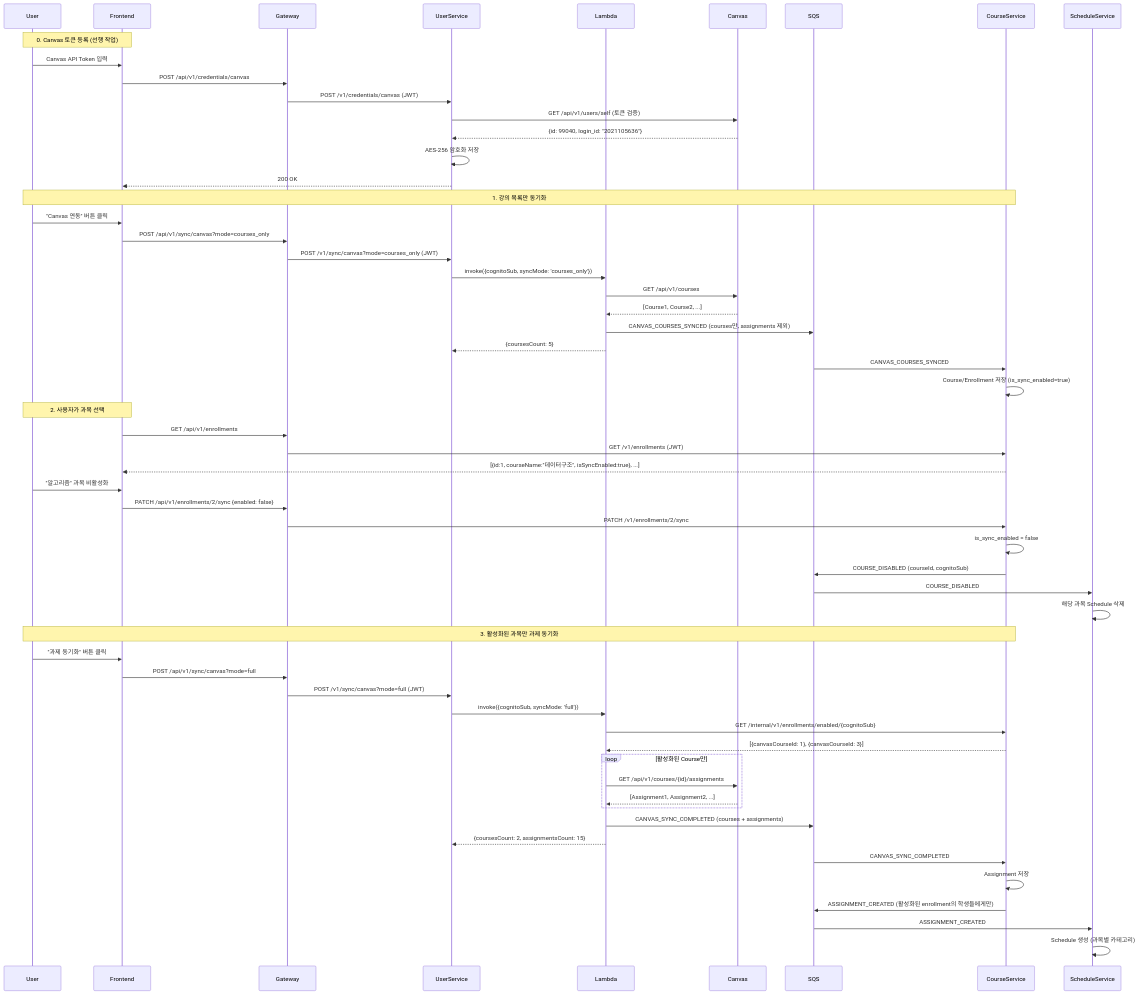
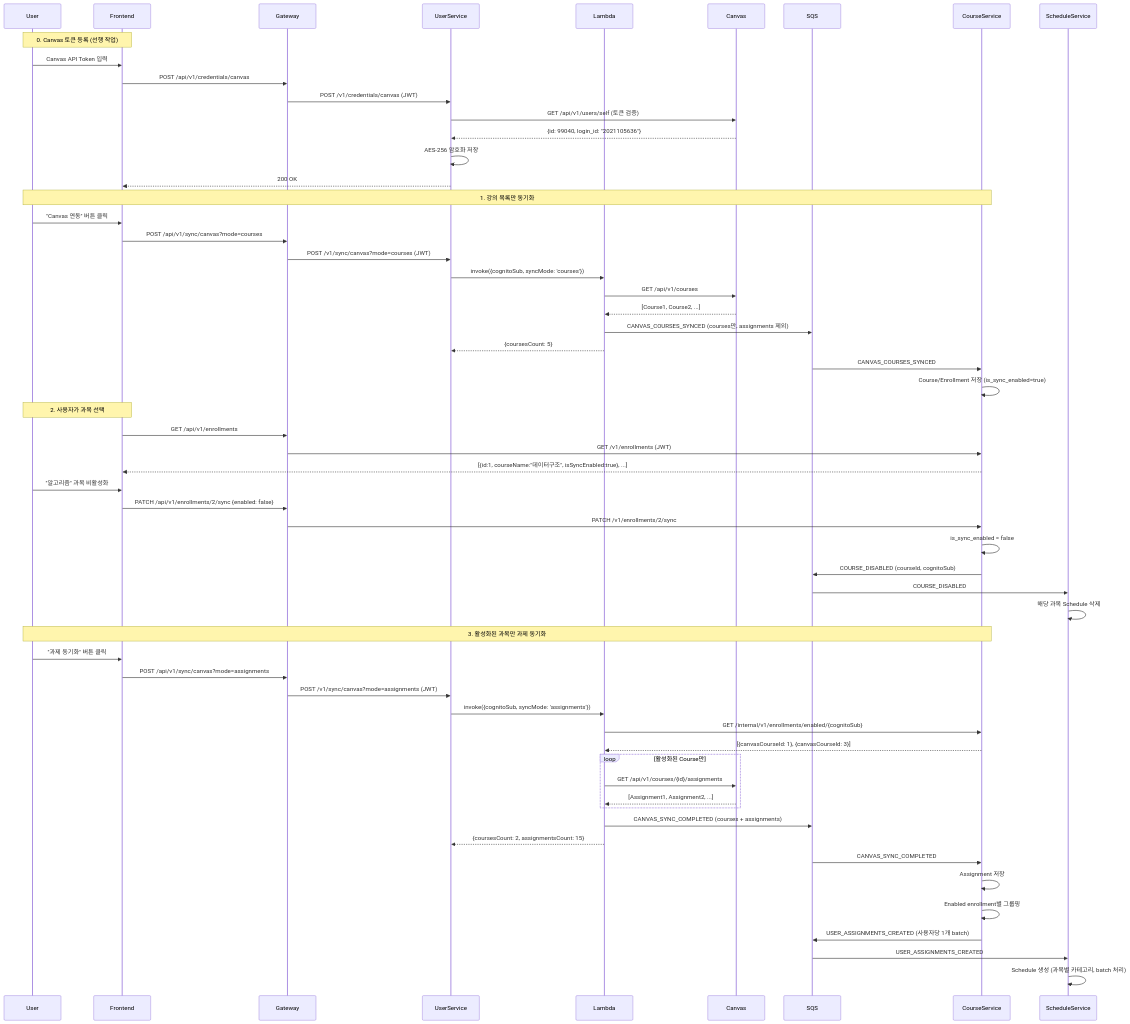
The diagram in docs/features/canvas-sync.md (SolidCitadel/UniSync), drawn with Mermaid before and after one commit. The commit also changed other lines of this file and 36 other files, not shown here.

````diff
--- a/docs/features/canvas-sync.md
+++ b/docs/features/canvas-sync.md
@@ -63,71 +64,72 @@
 ```mermaid
 sequenceDiagram
     participant User
     participant Frontend
     participant Gateway
     participant UserService
     participant Lambda
     participant Canvas
     participant SQS
     participant CourseService
     participant ScheduleService
 
     Note over User,Frontend: 0. Canvas 토큰 등록 (선행 작업)
     User->>Frontend: Canvas API Token 입력
     Frontend->>Gateway: POST /api/v1/credentials/canvas
     Gateway->>UserService: POST /v1/credentials/canvas (JWT)
     UserService->>Canvas: GET /api/v1/users/self (토큰 검증)
     Canvas-->>UserService: {id: 99040, login_id: "2021105636"}
     UserService->>UserService: AES-256 암호화 저장
     UserService-->>Frontend: 200 OK
 
     Note over User,CourseService: 1. 강의 목록만 동기화
     User->>Frontend: "Canvas 연동" 버튼 클릭
-    Frontend->>Gateway: POST /api/v1/sync/canvas?mode=courses_only
-    Gateway->>UserService: POST /v1/sync/canvas?mode=courses_only (JWT)
+    Frontend->>Gateway: POST /api/v1/sync/canvas?mode=courses
+    Gateway->>UserService: POST /v1/sync/canvas?mode=courses (JWT)
 
-    UserService->>Lambda: invoke({cognitoSub, syncMode: 'courses_only'})
+    UserService->>Lambda: invoke({cognitoSub, syncMode: 'courses'})
     Lambda->>Canvas: GET /api/v1/courses
     Canvas-->>Lambda: [Course1, Course2, ...]
     Lambda->>SQS: CANVAS_COURSES_SYNCED (courses만, assignments 제외)
     Lambda-->>UserService: {coursesCount: 5}
 
     SQS->>CourseService: CANVAS_COURSES_SYNCED
     CourseService->>CourseService: Course/Enrollment 저장 (is_sync_enabled=true)
 
     Note over User,Frontend: 2. 사용자가 과목 선택
     Frontend->>Gateway: GET /api/v1/enrollments
     Gateway->>CourseService: GET /v1/enrollments (JWT)
     CourseService-->>Frontend: [{id:1, courseName:"데이터구조", isSyncEnabled:true}, ...]
 
     User->>Frontend: "알고리즘" 과목 비활성화
     Frontend->>Gateway: PATCH /api/v1/enrollments/2/sync {enabled: false}
     Gateway->>CourseService: PATCH /v1/enrollments/2/sync
     CourseService->>CourseService: is_sync_enabled = false
     CourseService->>SQS: COURSE_DISABLED (courseId, cognitoSub)
     SQS->>ScheduleService: COURSE_DISABLED
     ScheduleService->>ScheduleService: 해당 과목 Schedule 삭제
 
     Note over User,CourseService: 3. 활성화된 과목만 과제 동기화
     User->>Frontend: "과제 동기화" 버튼 클릭
-    Frontend->>Gateway: POST /api/v1/sync/canvas?mode=full
-    Gateway->>UserService: POST /v1/sync/canvas?mode=full (JWT)
+    Frontend->>Gateway: POST /api/v1/sync/canvas?mode=assignments
+    Gateway->>UserService: POST /v1/sync/canvas?mode=assignments (JWT)
 
-    UserService->>Lambda: invoke({cognitoSub, syncMode: 'full'})
+    UserService->>Lambda: invoke({cognitoSub, syncMode: 'assignments'})
     Lambda->>CourseService: GET /internal/v1/enrollments/enabled/{cognitoSub}
     CourseService-->>Lambda: [{canvasCourseId: 1}, {canvasCourseId: 3}]
 
     loop 활성화된 Course만
         Lambda->>Canvas: GET /api/v1/courses/{id}/assignments
         Canvas-->>Lambda: [Assignment1, Assignment2, ...]
     end
 
     Lambda->>SQS: CANVAS_SYNC_COMPLETED (courses + assignments)
     Lambda-->>UserService: {coursesCount: 2, assignmentsCount: 15}
 
     SQS->>CourseService: CANVAS_SYNC_COMPLETED
     CourseService->>CourseService: Assignment 저장
-    CourseService->>SQS: ASSIGNMENT_CREATED (활성화된 enrollment의 학생들에게만)
-    SQS->>ScheduleService: ASSIGNMENT_CREATED
-    ScheduleService->>ScheduleService: Schedule 생성 (과목별 카테고리)
+    CourseService->>CourseService: Enabled enrollment별 그룹핑
+    CourseService->>SQS: USER_ASSIGNMENTS_CREATED (사용자당 1개 batch)
+    SQS->>ScheduleService: USER_ASSIGNMENTS_CREATED
+    ScheduleService->>ScheduleService: Schedule 생성 (과목별 카테고리, batch 처리)
 ```
````
